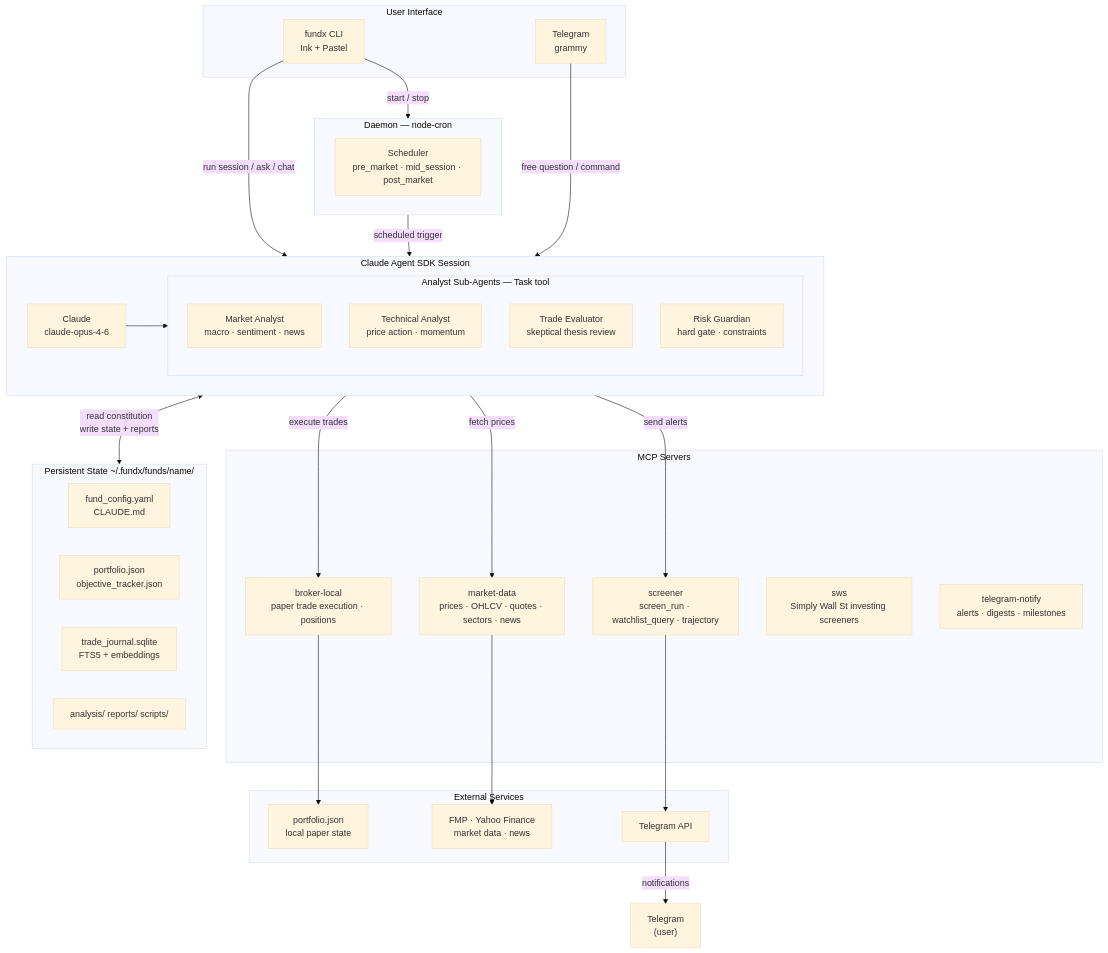
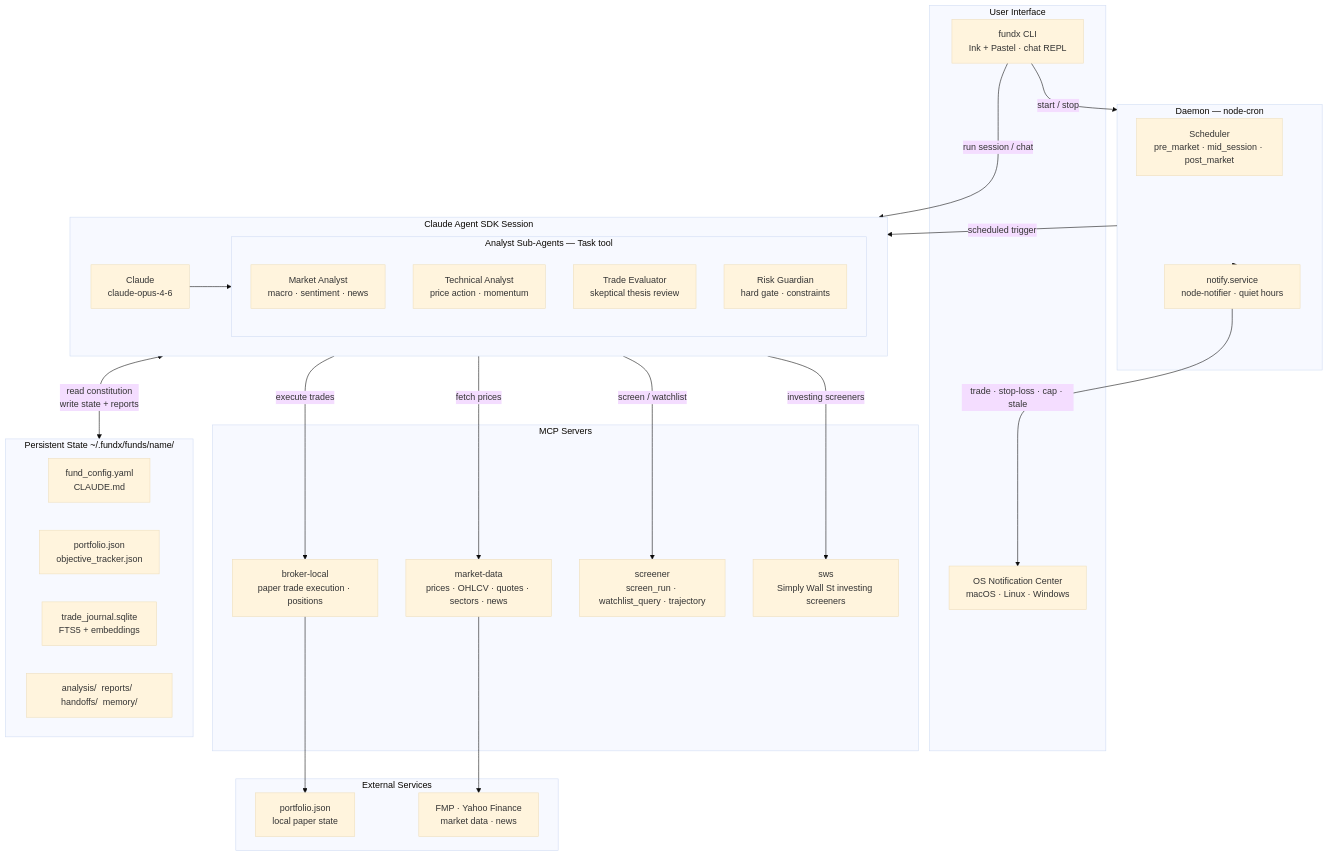
The diagram in README.md (machester4/fundx), drawn with Mermaid (base theme) before and after one commit. The commit also changed other lines of this file and 2 other files, not shown here.

````diff
--- a/README.md
+++ b/README.md
@@ -173,59 +155,58 @@
 ```mermaid
 graph TB
     subgraph UI["User Interface"]
-        CLI["fundx CLI\nInk + Pastel"]
-        TG_IN["Telegram\ngrammy"]
+        CLI["fundx CLI\nInk + Pastel · chat REPL"]
+        OSN["OS Notification Center\nmacOS · Linux · Windows"]
     end
 
     subgraph Daemon["Daemon — node-cron"]
         SCHED["Scheduler\npre_market · mid_session · post_market"]
+        NOTIFY["notify.service\nnode-notifier · quiet hours"]
     end
 
     subgraph Session["Claude Agent SDK Session"]
         CLAUDE["Claude\nclaude-opus-4-6"]
         subgraph SubAgents["Analyst Sub-Agents — Task tool"]
             SA1["Market Analyst\nmacro · sentiment · news"]
             SA2["Technical Analyst\nprice action · momentum"]
             SA3["Trade Evaluator\nskeptical thesis review"]
             SA4["Risk Guardian\nhard gate · constraints"]
         end
     end
 
     subgraph MCP["MCP Servers"]
         MCP1["broker-local\npaper trade execution · positions"]
         MCP2["market-data\nprices · OHLCV · quotes · sectors · news"]
         MCP3["screener\nscreen_run · watchlist_query · trajectory"]
         MCP4["sws\nSimply Wall St investing screeners"]
-        MCP5["telegram-notify\nalerts · digests · milestones"]
     end
 
     subgraph State["Persistent State  ~/.fundx/funds/name/"]
         ST1["fund_config.yaml\nCLAUDE.md"]
         ST2["portfolio.json\nobjective_tracker.json"]
         ST3["trade_journal.sqlite\nFTS5 + embeddings"]
-        ST4["analysis/  reports/  scripts/"]
+        ST4["analysis/  reports/  handoffs/  memory/"]
     end
 
     subgraph Ext["External Services"]
         EXT1["portfolio.json\nlocal paper state"]
         EXT2["FMP · Yahoo Finance\nmarket data · news"]
-        EXT3["Telegram API"]
     end
 
-    CLI -->|"run session / ask / chat"| Session
+    CLI -->|"run session / chat"| Session
     CLI -->|"start / stop"| Daemon
     Daemon -->|"scheduled trigger"| Session
-    TG_IN -->|"free question / command"| Session
+    Daemon --> NOTIFY
+    NOTIFY -->|"trade · stop-loss · cap · stale"| OSN
 
     Session <-->|"read constitution\nwrite state + reports"| State
     CLAUDE --> SubAgents
 
     Session -->|"execute trades"| MCP1
     Session -->|"fetch prices"| MCP2
-    Session -->|"send alerts"| MCP3
+    Session -->|"screen / watchlist"| MCP3
+    Session -->|"investing screeners"| MCP4
 
     MCP1 --> EXT1
     MCP2 --> EXT2
-    MCP3 --> EXT3
-    EXT3 -->|"notifications"| TG_In2["Telegram\n(user)"]
 ```
````
